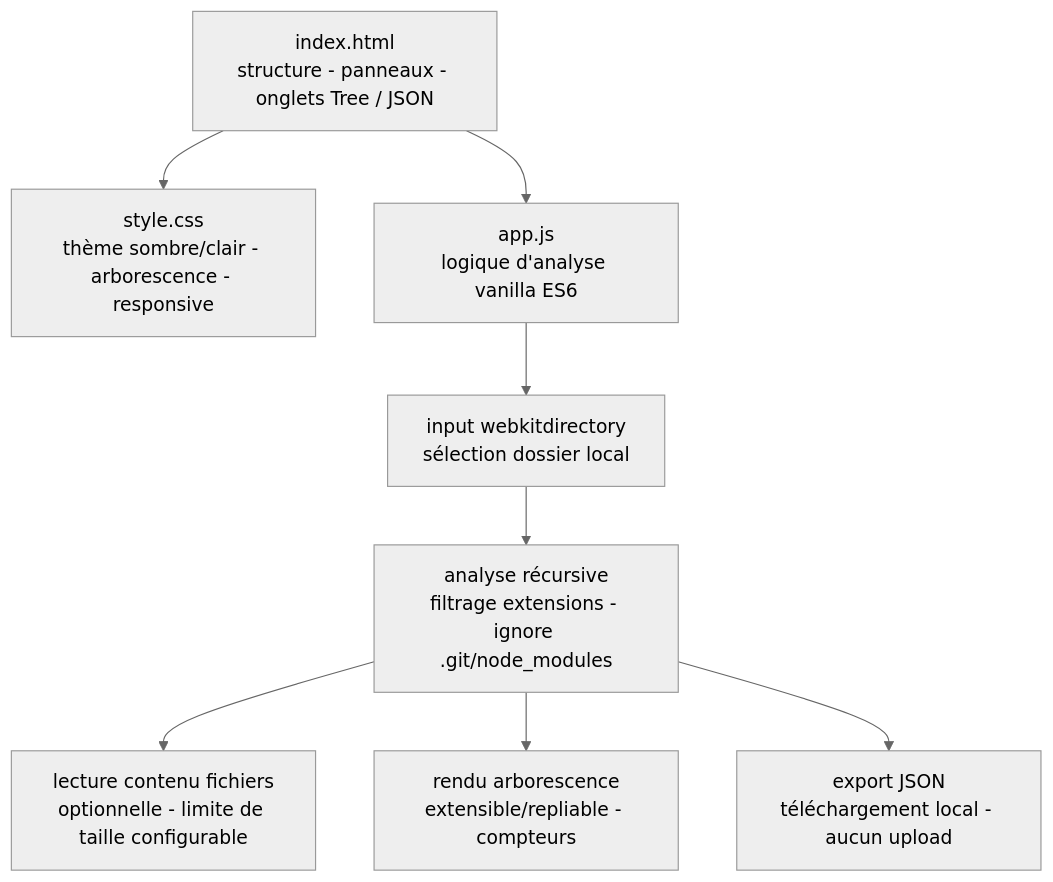
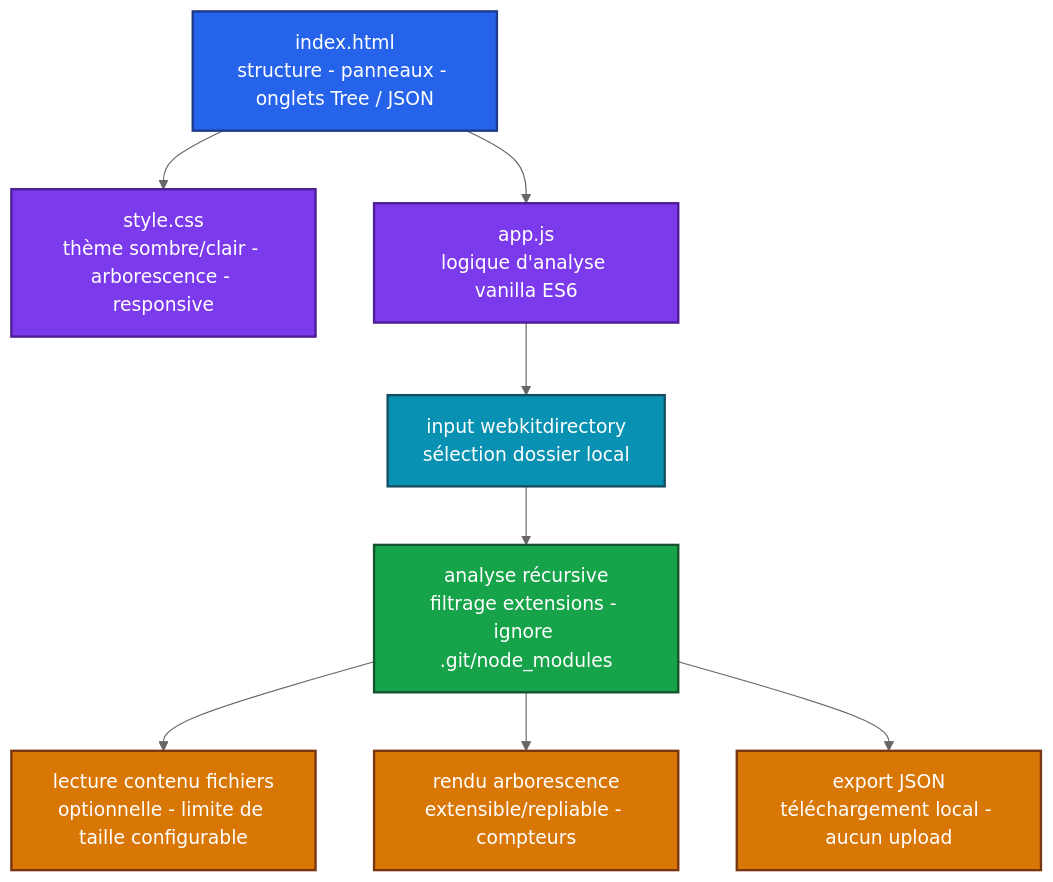
One commit to Adam-Blf/folder-analyzer-web changed the diagram in README.md. Above: the diagram before and after it, drawn with Mermaid (neutral theme).

Commit message:
docs: add colors to mermaid diagrams (#3)
Each node gets a palette class (by subgraph or by flow depth), subgraphs are tinted, non-flowchart diagrams use a colored base theme. Validated by rendering every diagram before and after.

````diff
--- a/README.md
+++ b/README.md
@@ -25,19 +25,30 @@
 ```mermaid
 flowchart TB
     HTML["index.html<br/>structure - panneaux - onglets Tree / JSON"]
     CSS["style.css<br/>thème sombre/clair - arborescence - responsive"]
     JS["app.js<br/>logique d'analyse vanilla ES6"]
     Picker["input webkitdirectory<br/>sélection dossier local"]
     Walk["analyse récursive<br/>filtrage extensions - ignore .git/node_modules"]
     Content["lecture contenu fichiers<br/>optionnelle - limite de taille configurable"]
     Tree["rendu arborescence<br/>extensible/repliable - compteurs"]
     Export["export JSON<br/>téléchargement local - aucun upload"]
 
     HTML --> CSS
     HTML --> JS
     JS --> Picker
     Picker --> Walk
     Walk --> Content
     Walk --> Tree
     Walk --> Export
+
+    classDef c0 fill:#2563eb,stroke:#1e3a8a,stroke-width:2px,color:#ffffff
+    classDef c1 fill:#7c3aed,stroke:#4c1d95,stroke-width:2px,color:#ffffff
+    classDef c2 fill:#0891b2,stroke:#164e63,stroke-width:2px,color:#ffffff
+    classDef c3 fill:#16a34a,stroke:#14532d,stroke-width:2px,color:#ffffff
+    classDef c4 fill:#d97706,stroke:#78350f,stroke-width:2px,color:#ffffff
+    class HTML c0
+    class CSS,JS c1
+    class Picker c2
+    class Walk c3
+    class Content,Tree,Export c4
 ```
````
